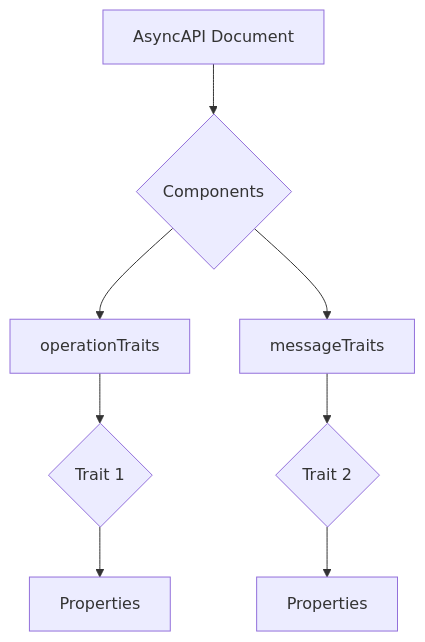
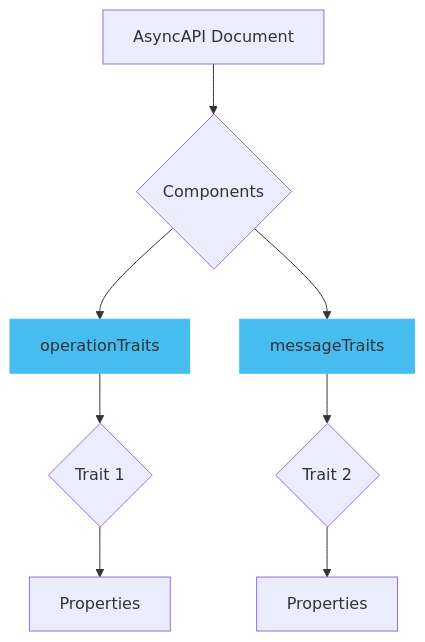
The first of 4 diagrams in pages/docs/concepts/asyncapi-document/reusing-traits.md (asyncapi/website), drawn with Mermaid before and after one commit. The commit also changed other lines of this file, not shown here.

````diff
--- a/pages/docs/concepts/asyncapi-document/reusing-traits.md
+++ b/pages/docs/concepts/asyncapi-document/reusing-traits.md
@@ -12,10 +12,13 @@
 ```mermaid
 graph TD
     A[AsyncAPI Document] --> B{Components}
     B --> C[operationTraits]
     B --> D[messageTraits]
     C --> E{Trait 1}
     D --> G{Trait 2}
     E --> I[Properties]
     G --> K[Properties]
+
+    style C fill:#47BCEE,stroke:#47BCEE;
+    style D fill:#47BCEE,stroke:#47BCEE;
 ```
````
